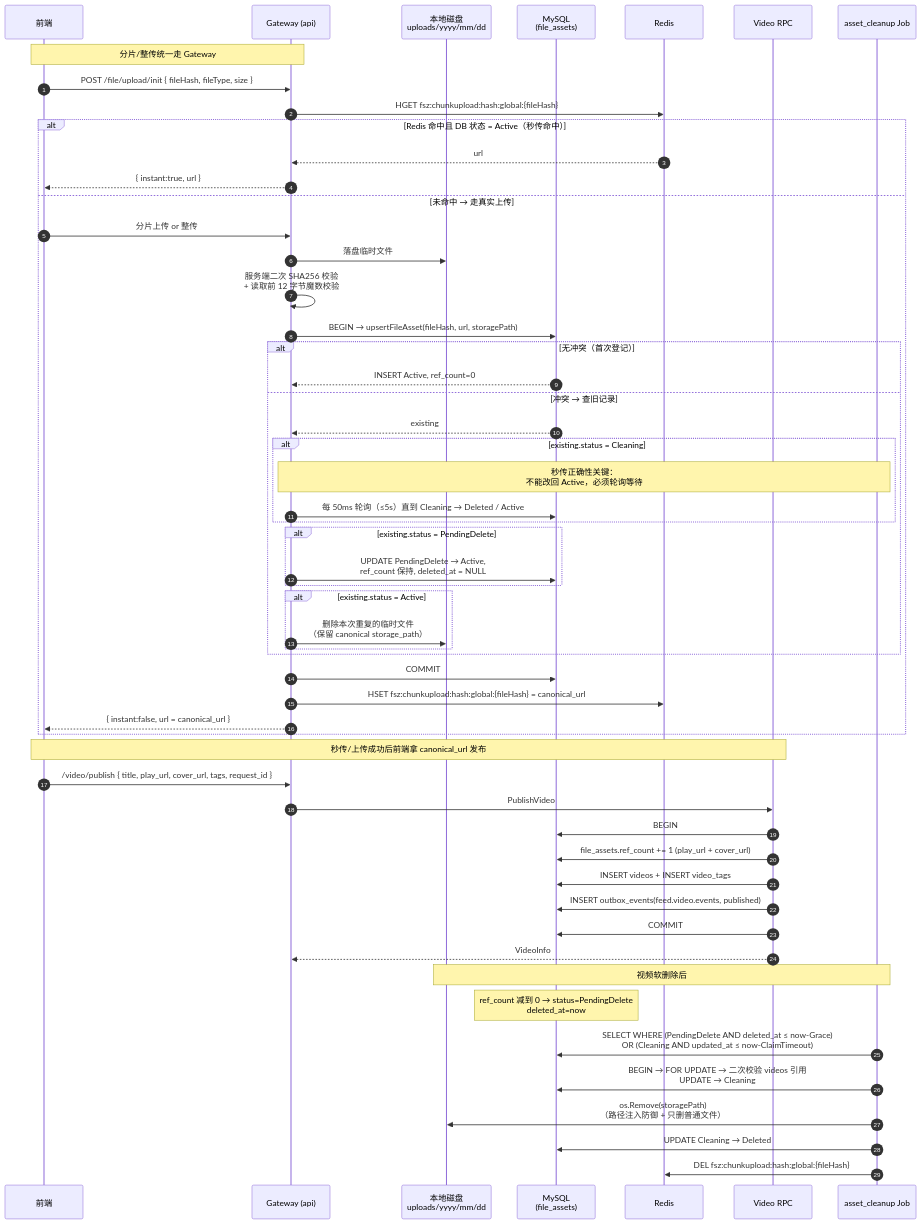
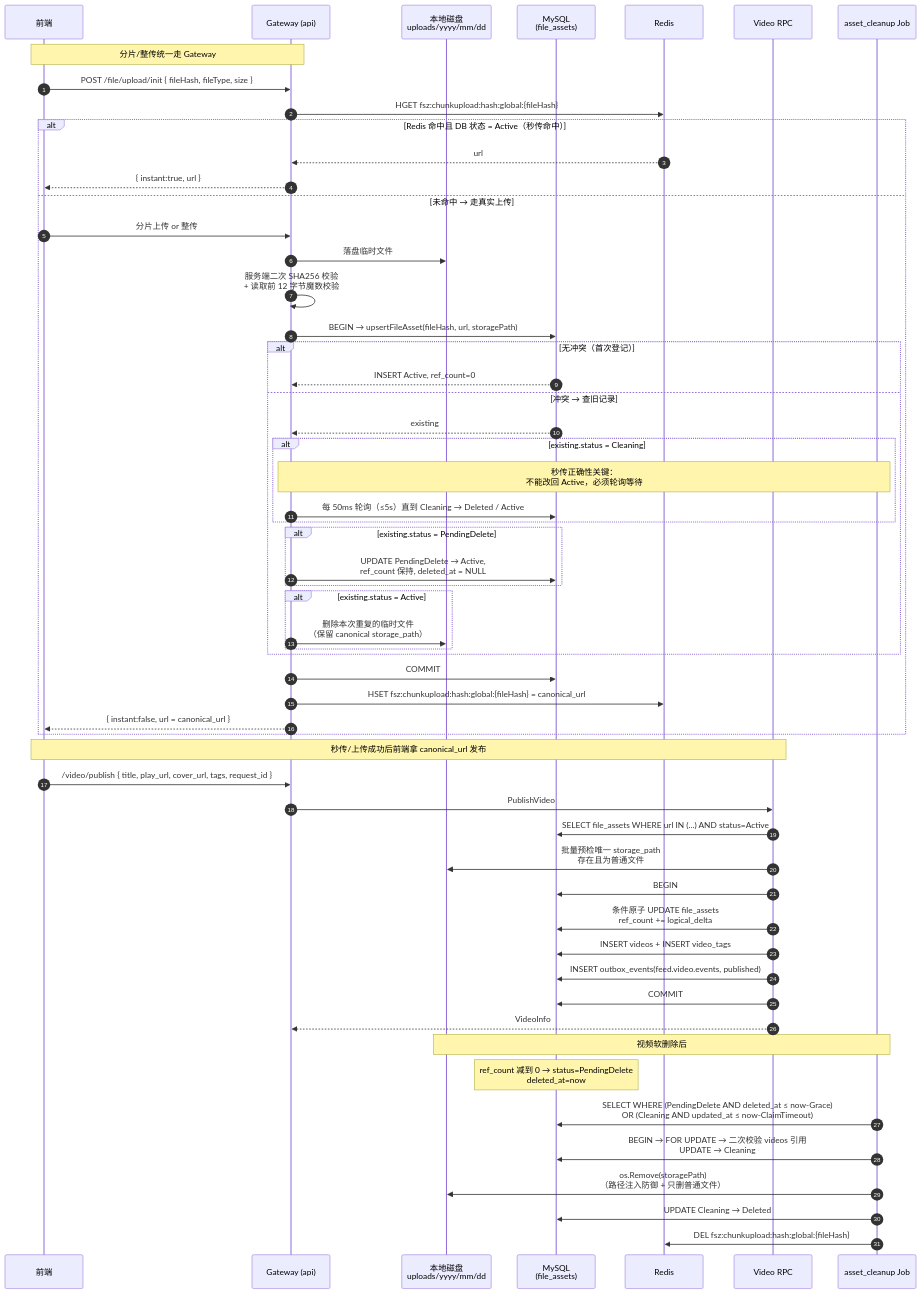
The seventh of 21 diagrams in docs/PROJECT_OVERVIEW.md (Redeemz473/feedsystem-zero), drawn with Mermaid before and after one commit. The commit also changed other lines of this file and 18 other files, not shown here.

````diff
--- a/docs/PROJECT_OVERVIEW.md
+++ b/docs/PROJECT_OVERVIEW.md
@@ -628,63 +628,65 @@
 ```mermaid
 sequenceDiagram
     autonumber
     participant U as 前端
     participant G as Gateway (api)
     participant Disk as 本地磁盘<br/>uploads/yyyy/mm/dd
     participant DB as MySQL<br/>(file_assets)
     participant R as Redis
     participant V as Video RPC
     participant AC as asset_cleanup Job
 
     Note over U,G: 分片/整传统一走 Gateway
     U->>G: POST /file/upload/init { fileHash, fileType, size }
     G->>R: HGET fsz:chunkupload:hash:global:{fileHash}
 
     alt Redis 命中且 DB 状态 = Active（秒传命中）
         R-->>G: url
         G-->>U: { instant:true, url }
     else 未命中 → 走真实上传
         U->>G: 分片上传 or 整传
         G->>Disk: 落盘临时文件
         G->>G: 服务端二次 SHA256 校验<br/>+ 读取前 12 字节魔数校验
         G->>DB: BEGIN → upsertFileAsset(fileHash, url, storagePath)
 
         alt 无冲突（首次登记）
             DB-->>G: INSERT Active, ref_count=0
         else 冲突 → 查旧记录
             DB-->>G: existing
             alt existing.status = Cleaning
                 Note over G,AC: 秒传正确性关键：<br/>不能改回 Active，必须轮询等待
                 G->>DB: 每 50ms 轮询（≤5s）直到 Cleaning → Deleted / Active
             end
             alt existing.status = PendingDelete
                 G->>DB: UPDATE PendingDelete → Active,<br/>ref_count 保持, deleted_at = NULL
             end
             alt existing.status = Active
                 G->>Disk: 删除本次重复的临时文件<br/>（保留 canonical storage_path）
             end
         end
 
         G->>DB: COMMIT
         G->>R: HSET fsz:chunkupload:hash:global:{fileHash} = canonical_url
         G-->>U: { instant:false, url = canonical_url }
     end
 
     Note over U,V: 秒传/上传成功后前端拿 canonical_url 发布
     U->>G: /video/publish { title, play_url, cover_url, tags, request_id }
     G->>V: PublishVideo
+    V->>DB: SELECT file_assets WHERE url IN (...) AND status=Active
+    V->>Disk: 批量预检唯一 storage_path<br/>存在且为普通文件
     V->>DB: BEGIN
-    V->>DB: file_assets.ref_count += 1 (play_url + cover_url)
+    V->>DB: 条件原子 UPDATE file_assets<br/>ref_count += logical_delta
     V->>DB: INSERT videos + INSERT video_tags
     V->>DB: INSERT outbox_events(feed.video.events, published)
     V->>DB: COMMIT
     V-->>G: VideoInfo
 
     Note over AC,Disk: 视频软删除后
     Note over DB: ref_count 减到 0 → status=PendingDelete<br/>deleted_at=now
     AC->>DB: SELECT WHERE (PendingDelete AND deleted_at ≤ now-Grace)<br/>OR (Cleaning AND updated_at ≤ now-ClaimTimeout)
     AC->>DB: BEGIN → FOR UPDATE → 二次校验 videos 引用<br/>UPDATE → Cleaning
     AC->>Disk: os.Remove(storagePath)<br/>（路径注入防御 + 只删普通文件）
     AC->>DB: UPDATE Cleaning → Deleted
     AC->>R: DEL fsz:chunkupload:hash:global:{fileHash}
 ```
````
